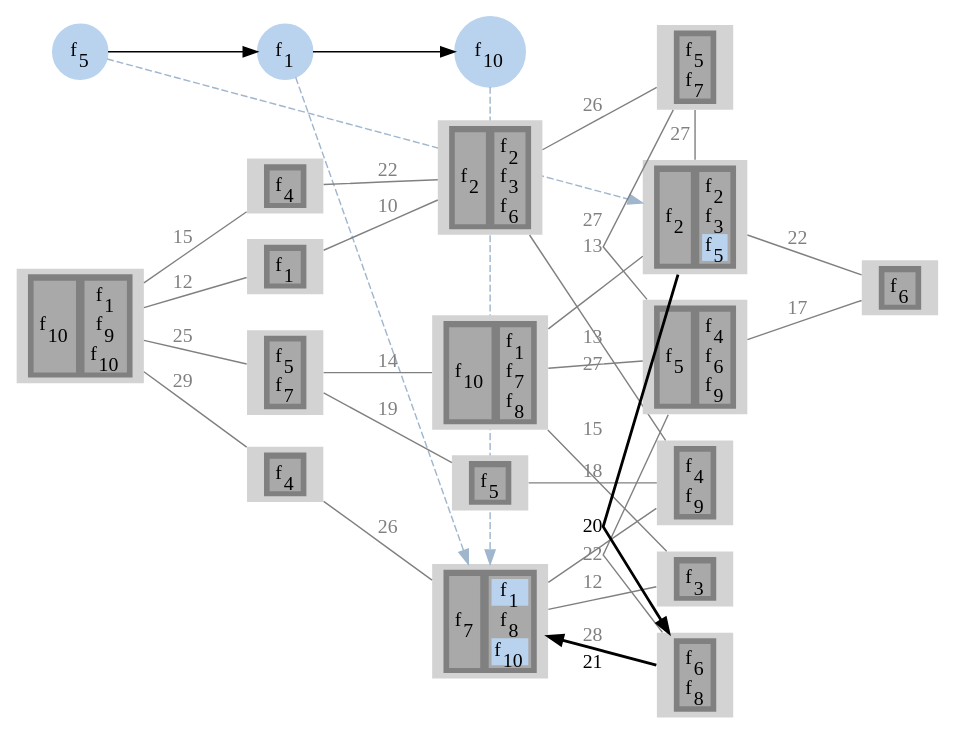
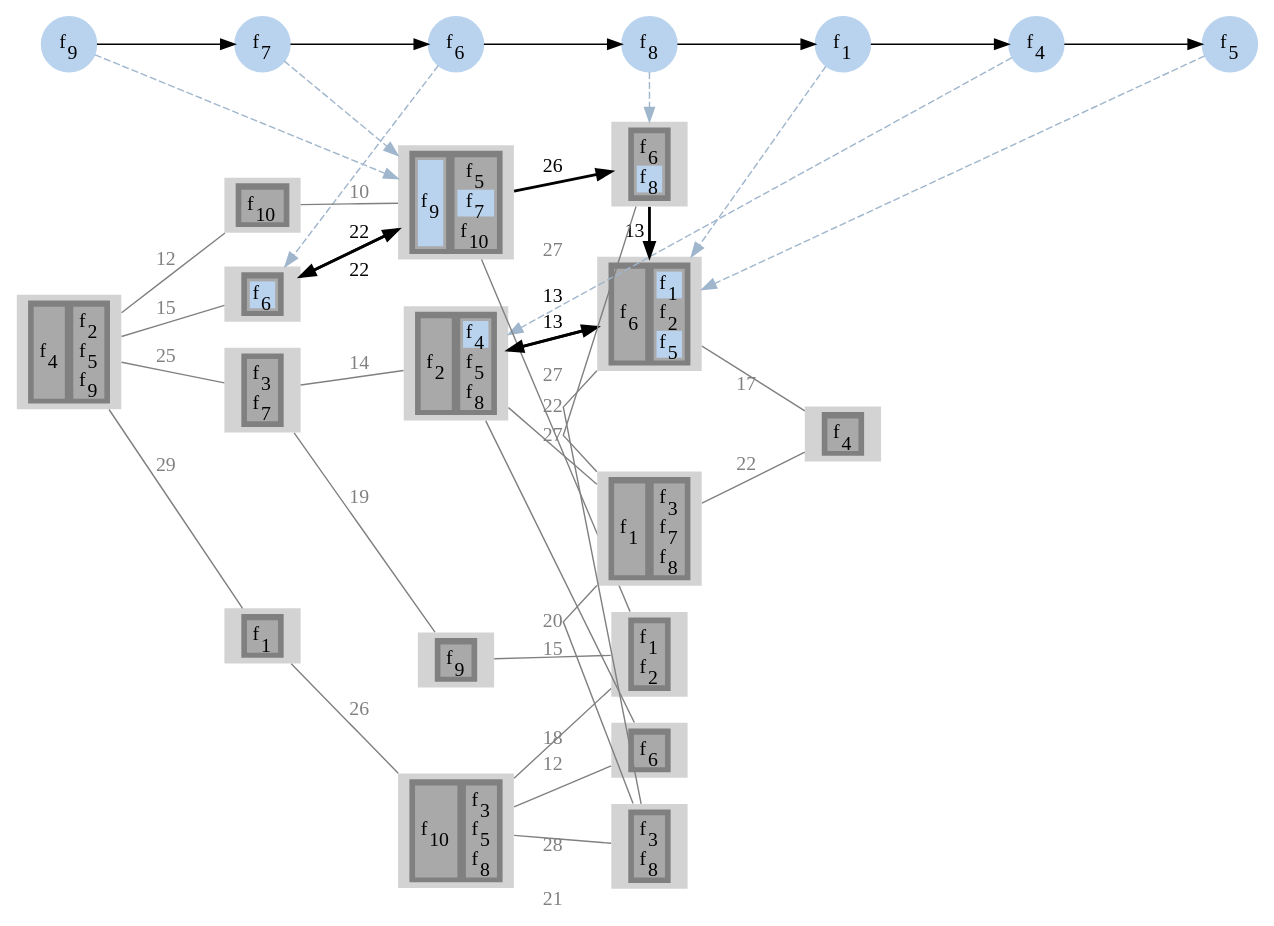
The diagram in output/sevenReliabilityOne/gv/sfcAssgn9.gv (prateekshyap/SFC_Placement_in_VNF), drawn with Graphviz before and after one commit. The commit also changed 80 other files, not shown here.

```diff
--- a/output/sevenReliabilityOne/gv/sfcAssgn9.gv
+++ b/output/sevenReliabilityOne/gv/sfcAssgn9.gv
@@ -5,14 +5,26 @@
 subgraph sfc
 {
 node [shape=circle]
+{rank = same; f9; };
+{rank = same; f7; };
+{rank = same; f6; };
+{rank = same; f8; };
+{rank = same; f1; };
+{rank = same; f4; };
 {rank = same; f5; };
-{rank = same; f1; };
-{rank = same; f10; };
+f9[style=filled label=<f<SUB>9</SUB>> color="slategray2"]
+f7[style=filled label=<f<SUB>7</SUB>> color="slategray2"]
+f6[style=filled label=<f<SUB>6</SUB>> color="slategray2"]
+f8[style=filled label=<f<SUB>8</SUB>> color="slategray2"]
+f1[style=filled label=<f<SUB>1</SUB>> color="slategray2"]
+f4[style=filled label=<f<SUB>4</SUB>> color="slategray2"]
 f5[style=filled label=<f<SUB>5</SUB>> color="slategray2"]
-f1[style=filled label=<f<SUB>1</SUB>> color="slategray2"]
-f10[style=filled label=<f<SUB>10</SUB>> color="slategray2"]
-f5 -> f1
-f1 -> f10
+f9 -> f7
+f7 -> f6
+f6 -> f8
+f8 -> f1
+f1 -> f4
+f4 -> f5
 }
 subgraph network
 {
@@ -22,20 +34,221 @@
 {rank = same; 4; 6; 7; 9; };
 {rank = same; 5; 11; 10; 14; 12; 13; };
 {rank = same; 16; };
-13[style=filled
+4[style=filled
 label=<
 <TABLE BORDER="0" BGCOLOR="gray">
 <TR>
 <TD>
 <TABLE BORDER="0" BGCOLOR="darkgray">
-<TR><TD PORT="f5" BGCOLOR="darkgray">f<SUB>2</SUB></TD></TR>
+<TR><TD PORT="f34" BGCOLOR="slategray2">f<SUB>9</SUB></TD></TR>
+</TABLE>
+</TD>
+<TD>
+<TABLE BORDER="0" BGCOLOR="darkgray">
+<TR><TD PORT="f19" BGCOLOR="darkgray">f<SUB>5</SUB></TD></TR>
+<TR><TD PORT="f25" BGCOLOR="slategray2">f<SUB>7</SUB></TD></TR>
+<TR><TD PORT="f38" BGCOLOR="darkgray">f<SUB>10</SUB></TD></TR>
+</TABLE>
+</TD>
+</TR>
+</TABLE>>]
+
+4[style=filled
+label=<
+<TABLE BORDER="0" BGCOLOR="gray">
+<TR>
+<TD>
+<TABLE BORDER="0" BGCOLOR="darkgray">
+<TR><TD PORT="f34" BGCOLOR="slategray2">f<SUB>9</SUB></TD></TR>
+</TABLE>
+</TD>
+<TD>
+<TABLE BORDER="0" BGCOLOR="darkgray">
+<TR><TD PORT="f19" BGCOLOR="darkgray">f<SUB>5</SUB></TD></TR>
+<TR><TD PORT="f25" BGCOLOR="slategray2">f<SUB>7</SUB></TD></TR>
+<TR><TD PORT="f38" BGCOLOR="darkgray">f<SUB>10</SUB></TD></TR>
+</TABLE>
+</TD>
+</TR>
+</TABLE>>]
+
+15[style=filled
+label=<
+<TABLE BORDER="0" BGCOLOR="gray">
+<TR>
+<TD>
+<TABLE BORDER="0" BGCOLOR="darkgray">
+<TR><TD PORT="f23" BGCOLOR="slategray2">f<SUB>6</SUB></TD></TR>
+</TABLE>
+</TD>
+</TR>
+</TABLE>>]
+
+15[style=filled
+label=<
+<TABLE BORDER="0" BGCOLOR="gray">
+<TR>
+<TD>
+<TABLE BORDER="0" BGCOLOR="darkgray">
+<TR><TD PORT="f23" BGCOLOR="slategray2">f<SUB>6</SUB></TD></TR>
+</TABLE>
+</TD>
+</TR>
+</TABLE>>]
+
+11[style=filled
+label=<
+<TABLE BORDER="0" BGCOLOR="gray">
+<TR>
+<TD>
+<TABLE BORDER="0" BGCOLOR="darkgray">
+<TR><TD PORT="f24" BGCOLOR="darkgray">f<SUB>6</SUB></TD></TR>
+<TR><TD PORT="f30" BGCOLOR="slategray2">f<SUB>8</SUB></TD></TR>
+</TABLE>
+</TD>
+</TR>
+</TABLE>>]
+
+11[style=filled
+label=<
+<TABLE BORDER="0" BGCOLOR="gray">
+<TR>
+<TD>
+<TABLE BORDER="0" BGCOLOR="darkgray">
+<TR><TD PORT="f24" BGCOLOR="darkgray">f<SUB>6</SUB></TD></TR>
+<TR><TD PORT="f30" BGCOLOR="slategray2">f<SUB>8</SUB></TD></TR>
+</TABLE>
+</TD>
+</TR>
+</TABLE>>]
+
+12[style=filled
+label=<
+<TABLE BORDER="0" BGCOLOR="gray">
+<TR>
+<TD>
+<TABLE BORDER="0" BGCOLOR="darkgray">
+<TR><TD PORT="f22" BGCOLOR="darkgray">f<SUB>6</SUB></TD></TR>
+</TABLE>
+</TD>
+<TD>
+<TABLE BORDER="0" BGCOLOR="darkgray">
+<TR><TD PORT="f2" BGCOLOR="slategray2">f<SUB>1</SUB></TD></TR>
+<TR><TD PORT="f7" BGCOLOR="darkgray">f<SUB>2</SUB></TD></TR>
+<TR><TD PORT="f17" BGCOLOR="slategray2">f<SUB>5</SUB></TD></TR>
+</TABLE>
+</TD>
+</TR>
+</TABLE>>]
+
+12[style=filled
+label=<
+<TABLE BORDER="0" BGCOLOR="gray">
+<TR>
+<TD>
+<TABLE BORDER="0" BGCOLOR="darkgray">
+<TR><TD PORT="f22" BGCOLOR="darkgray">f<SUB>6</SUB></TD></TR>
+</TABLE>
+</TD>
+<TD>
+<TABLE BORDER="0" BGCOLOR="darkgray">
+<TR><TD PORT="f2" BGCOLOR="slategray2">f<SUB>1</SUB></TD></TR>
+<TR><TD PORT="f7" BGCOLOR="darkgray">f<SUB>2</SUB></TD></TR>
+<TR><TD PORT="f17" BGCOLOR="slategray2">f<SUB>5</SUB></TD></TR>
+</TABLE>
+</TD>
+</TR>
+</TABLE>>]
+
+9[style=filled
+label=<
+<TABLE BORDER="0" BGCOLOR="gray">
+<TR>
+<TD>
+<TABLE BORDER="0" BGCOLOR="darkgray">
+<TR><TD PORT="f6" BGCOLOR="darkgray">f<SUB>2</SUB></TD></TR>
+</TABLE>
+</TD>
+<TD>
+<TABLE BORDER="0" BGCOLOR="darkgray">
+<TR><TD PORT="f15" BGCOLOR="slategray2">f<SUB>4</SUB></TD></TR>
+<TR><TD PORT="f18" BGCOLOR="darkgray">f<SUB>5</SUB></TD></TR>
+<TR><TD PORT="f29" BGCOLOR="darkgray">f<SUB>8</SUB></TD></TR>
+</TABLE>
+</TD>
+</TR>
+</TABLE>>]
+
+9[style=filled
+label=<
+<TABLE BORDER="0" BGCOLOR="gray">
+<TR>
+<TD>
+<TABLE BORDER="0" BGCOLOR="darkgray">
+<TR><TD PORT="f6" BGCOLOR="darkgray">f<SUB>2</SUB></TD></TR>
+</TABLE>
+</TD>
+<TD>
+<TABLE BORDER="0" BGCOLOR="darkgray">
+<TR><TD PORT="f15" BGCOLOR="slategray2">f<SUB>4</SUB></TD></TR>
+<TR><TD PORT="f18" BGCOLOR="darkgray">f<SUB>5</SUB></TD></TR>
+<TR><TD PORT="f29" BGCOLOR="darkgray">f<SUB>8</SUB></TD></TR>
+</TABLE>
+</TD>
+</TR>
+</TABLE>>]
+
+1[style=filled
+label=<
+<TABLE BORDER="0" BGCOLOR="gray">
+<TR>
+<TD>
+<TABLE BORDER="0" BGCOLOR="darkgray">
+<TR><TD PORT="f13" BGCOLOR="darkgray">f<SUB>4</SUB></TD></TR>
 </TABLE>
 </TD>
 <TD>
 <TABLE BORDER="0" BGCOLOR="darkgray">
 <TR><TD PORT="f8" BGCOLOR="darkgray">f<SUB>2</SUB></TD></TR>
+<TR><TD PORT="f20" BGCOLOR="darkgray">f<SUB>5</SUB></TD></TR>
+<TR><TD PORT="f35" BGCOLOR="darkgray">f<SUB>9</SUB></TD></TR>
+</TABLE>
+</TD>
+</TR>
+</TABLE>>]
+
+2[style=filled
+label=<
+<TABLE BORDER="0" BGCOLOR="gray">
+<TR>
+<TD>
+<TABLE BORDER="0" BGCOLOR="darkgray">
+<TR><TD PORT="f37" BGCOLOR="darkgray">f<SUB>10</SUB></TD></TR>
+</TABLE>
+</TD>
+</TR>
+</TABLE>>]
+
+3[style=filled
+label=<
+<TABLE BORDER="0" BGCOLOR="gray">
+<TR>
+<TD>
+<TABLE BORDER="0" BGCOLOR="darkgray">
+<TR><TD PORT="f4" BGCOLOR="darkgray">f<SUB>1</SUB></TD></TR>
+</TABLE>
+</TD>
+</TR>
+</TABLE>>]
+
+8[style=filled
+label=<
+<TABLE BORDER="0" BGCOLOR="gray">
+<TR>
+<TD>
+<TABLE BORDER="0" BGCOLOR="darkgray">
 <TR><TD PORT="f11" BGCOLOR="darkgray">f<SUB>3</SUB></TD></TR>
-<TR><TD PORT="f20" BGCOLOR="slategray2">f<SUB>5</SUB></TD></TR>
+<TR><TD PORT="f27" BGCOLOR="darkgray">f<SUB>7</SUB></TD></TR>
 </TABLE>
 </TD>
 </TR>
@@ -47,120 +260,14 @@
 <TR>
 <TD>
 <TABLE BORDER="0" BGCOLOR="darkgray">
-<TR><TD PORT="f26" BGCOLOR="darkgray">f<SUB>7</SUB></TD></TR>
+<TR><TD PORT="f36" BGCOLOR="darkgray">f<SUB>10</SUB></TD></TR>
 </TABLE>
 </TD>
 <TD>
 <TABLE BORDER="0" BGCOLOR="darkgray">
-<TR><TD PORT="f4" BGCOLOR="slategray2">f<SUB>1</SUB></TD></TR>
-<TR><TD PORT="f30" BGCOLOR="darkgray">f<SUB>8</SUB></TD></TR>
-<TR><TD PORT="f36" BGCOLOR="slategray2">f<SUB>10</SUB></TD></TR>
-</TABLE>
-</TD>
-</TR>
-</TABLE>>]
-
-6[style=filled
-label=<
-<TABLE BORDER="0" BGCOLOR="gray">
-<TR>
-<TD>
-<TABLE BORDER="0" BGCOLOR="darkgray">
-<TR><TD PORT="f26" BGCOLOR="darkgray">f<SUB>7</SUB></TD></TR>
-</TABLE>
-</TD>
-<TD>
-<TABLE BORDER="0" BGCOLOR="darkgray">
-<TR><TD PORT="f4" BGCOLOR="slategray2">f<SUB>1</SUB></TD></TR>
-<TR><TD PORT="f30" BGCOLOR="darkgray">f<SUB>8</SUB></TD></TR>
-<TR><TD PORT="f36" BGCOLOR="slategray2">f<SUB>10</SUB></TD></TR>
-</TABLE>
-</TD>
-</TR>
-</TABLE>>]
-
-1[style=filled
-label=<
-<TABLE BORDER="0" BGCOLOR="gray">
-<TR>
-<TD>
-<TABLE BORDER="0" BGCOLOR="darkgray">
-<TR><TD PORT="f37" BGCOLOR="darkgray">f<SUB>10</SUB></TD></TR>
-</TABLE>
-</TD>
-<TD>
-<TABLE BORDER="0" BGCOLOR="darkgray">
-<TR><TD PORT="f3" BGCOLOR="darkgray">f<SUB>1</SUB></TD></TR>
-<TR><TD PORT="f33" BGCOLOR="darkgray">f<SUB>9</SUB></TD></TR>
-<TR><TD PORT="f38" BGCOLOR="darkgray">f<SUB>10</SUB></TD></TR>
-</TABLE>
-</TD>
-</TR>
-</TABLE>>]
-
-2[style=filled
-label=<
-<TABLE BORDER="0" BGCOLOR="gray">
-<TR>
-<TD>
-<TABLE BORDER="0" BGCOLOR="darkgray">
-<TR><TD PORT="f2" BGCOLOR="darkgray">f<SUB>1</SUB></TD></TR>
-</TABLE>
-</TD>
-</TR>
-</TABLE>>]
-
-3[style=filled
-label=<
-<TABLE BORDER="0" BGCOLOR="gray">
-<TR>
-<TD>
-<TABLE BORDER="0" BGCOLOR="darkgray">
-<TR><TD PORT="f12" BGCOLOR="darkgray">f<SUB>4</SUB></TD></TR>
-</TABLE>
-</TD>
-</TR>
-</TABLE>>]
-
-8[style=filled
-label=<
-<TABLE BORDER="0" BGCOLOR="gray">
-<TR>
-<TD>
-<TABLE BORDER="0" BGCOLOR="darkgray">
-<TR><TD PORT="f18" BGCOLOR="darkgray">f<SUB>5</SUB></TD></TR>
-<TR><TD PORT="f28" BGCOLOR="darkgray">f<SUB>7</SUB></TD></TR>
-</TABLE>
-</TD>
-</TR>
-</TABLE>>]
-
-15[style=filled
-label=<
-<TABLE BORDER="0" BGCOLOR="gray">
-<TR>
-<TD>
-<TABLE BORDER="0" BGCOLOR="darkgray">
-<TR><TD PORT="f13" BGCOLOR="darkgray">f<SUB>4</SUB></TD></TR>
-</TABLE>
-</TD>
-</TR>
-</TABLE>>]
-
-4[style=filled
-label=<
-<TABLE BORDER="0" BGCOLOR="gray">
-<TR>
-<TD>
-<TABLE BORDER="0" BGCOLOR="darkgray">
-<TR><TD PORT="f6" BGCOLOR="darkgray">f<SUB>2</SUB></TD></TR>
-</TABLE>
-</TD>
-<TD>
-<TABLE BORDER="0" BGCOLOR="darkgray">
-<TR><TD PORT="f7" BGCOLOR="darkgray">f<SUB>2</SUB></TD></TR>
-<TR><TD PORT="f10" BGCOLOR="darkgray">f<SUB>3</SUB></TD></TR>
-<TR><TD PORT="f22" BGCOLOR="darkgray">f<SUB>6</SUB></TD></TR>
+<TR><TD PORT="f9" BGCOLOR="darkgray">f<SUB>3</SUB></TD></TR>
+<TR><TD PORT="f16" BGCOLOR="darkgray">f<SUB>5</SUB></TD></TR>
+<TR><TD PORT="f28" BGCOLOR="darkgray">f<SUB>8</SUB></TD></TR>
 </TABLE>
 </TD>
 </TR>
@@ -172,21 +279,8 @@
 <TR>
 <TD>
 <TABLE BORDER="0" BGCOLOR="darkgray">
-<TR><TD PORT="f14" BGCOLOR="darkgray">f<SUB>4</SUB></TD></TR>
-<TR><TD PORT="f34" BGCOLOR="darkgray">f<SUB>9</SUB></TD></TR>
-</TABLE>
-</TD>
-</TR>
-</TABLE>>]
-
-11[style=filled
-label=<
-<TABLE BORDER="0" BGCOLOR="gray">
-<TR>
-<TD>
-<TABLE BORDER="0" BGCOLOR="darkgray">
-<TR><TD PORT="f17" BGCOLOR="darkgray">f<SUB>5</SUB></TD></TR>
-<TR><TD PORT="f27" BGCOLOR="darkgray">f<SUB>7</SUB></TD></TR>
+<TR><TD PORT="f1" BGCOLOR="darkgray">f<SUB>1</SUB></TD></TR>
+<TR><TD PORT="f5" BGCOLOR="darkgray">f<SUB>2</SUB></TD></TR>
 </TABLE>
 </TD>
 </TR>
@@ -198,7 +292,7 @@
 <TR>
 <TD>
 <TABLE BORDER="0" BGCOLOR="darkgray">
-<TR><TD PORT="f19" BGCOLOR="darkgray">f<SUB>5</SUB></TD></TR>
+<TR><TD PORT="f33" BGCOLOR="darkgray">f<SUB>9</SUB></TD></TR>
 </TABLE>
 </TD>
 </TR>
@@ -210,7 +304,7 @@
 <TR>
 <TD>
 <TABLE BORDER="0" BGCOLOR="darkgray">
-<TR><TD PORT="f9" BGCOLOR="darkgray">f<SUB>3</SUB></TD></TR>
+<TR><TD PORT="f21" BGCOLOR="darkgray">f<SUB>6</SUB></TD></TR>
 </TABLE>
 </TD>
 </TR>
@@ -222,46 +316,27 @@
 <TR>
 <TD>
 <TABLE BORDER="0" BGCOLOR="darkgray">
-<TR><TD PORT="f21" BGCOLOR="darkgray">f<SUB>6</SUB></TD></TR>
-<TR><TD PORT="f31" BGCOLOR="darkgray">f<SUB>8</SUB></TD></TR>
+<TR><TD PORT="f10" BGCOLOR="darkgray">f<SUB>3</SUB></TD></TR>
+<TR><TD PORT="f32" BGCOLOR="darkgray">f<SUB>8</SUB></TD></TR>
 </TABLE>
 </TD>
 </TR>
 </TABLE>>]
 
-9[style=filled
+13[style=filled
 label=<
 <TABLE BORDER="0" BGCOLOR="gray">
 <TR>
 <TD>
 <TABLE BORDER="0" BGCOLOR="darkgray">
-<TR><TD PORT="f35" BGCOLOR="darkgray">f<SUB>10</SUB></TD></TR>
+<TR><TD PORT="f3" BGCOLOR="darkgray">f<SUB>1</SUB></TD></TR>
 </TABLE>
 </TD>
 <TD>
 <TABLE BORDER="0" BGCOLOR="darkgray">
-<TR><TD PORT="f1" BGCOLOR="darkgray">f<SUB>1</SUB></TD></TR>
-<TR><TD PORT="f25" BGCOLOR="darkgray">f<SUB>7</SUB></TD></TR>
-<TR><TD PORT="f29" BGCOLOR="darkgray">f<SUB>8</SUB></TD></TR>
-</TABLE>
-</TD>
-</TR>
-</TABLE>>]
-
-12[style=filled
-label=<
-<TABLE BORDER="0" BGCOLOR="gray">
-<TR>
-<TD>
-<TABLE BORDER="0" BGCOLOR="darkgray">
-<TR><TD PORT="f16" BGCOLOR="darkgray">f<SUB>5</SUB></TD></TR>
-</TABLE>
-</TD>
-<TD>
-<TABLE BORDER="0" BGCOLOR="darkgray">
-<TR><TD PORT="f15" BGCOLOR="darkgray">f<SUB>4</SUB></TD></TR>
-<TR><TD PORT="f23" BGCOLOR="darkgray">f<SUB>6</SUB></TD></TR>
-<TR><TD PORT="f32" BGCOLOR="darkgray">f<SUB>9</SUB></TD></TR>
+<TR><TD PORT="f12" BGCOLOR="darkgray">f<SUB>3</SUB></TD></TR>
+<TR><TD PORT="f26" BGCOLOR="darkgray">f<SUB>7</SUB></TD></TR>
+<TR><TD PORT="f31" BGCOLOR="darkgray">f<SUB>8</SUB></TD></TR>
 </TABLE>
 </TD>
 </TR>
@@ -273,14 +348,18 @@
 <TR>
 <TD>
 <TABLE BORDER="0" BGCOLOR="darkgray">
-<TR><TD PORT="f24" BGCOLOR="darkgray">f<SUB>6</SUB></TD></TR>
+<TR><TD PORT="f14" BGCOLOR="darkgray">f<SUB>4</SUB></TD></TR>
 </TABLE>
 </TD>
 </TR>
 </TABLE>>]
 
-13 -> 14[label="20" color="black" penwidth=2]
-14 -> 6[label="21" color="black" penwidth=2]
+4 -> 15[label="22" color="black" penwidth=2]
+15 -> 4[label="22" color="black" penwidth=2]
+4 -> 11[label="26" color="black" penwidth=2]
+11 -> 12[label="13" color="black" penwidth=2]
+12 -> 9[label="13" color="black" penwidth=2]
+9 -> 12[label="13" color="black" penwidth=2]
 1 -> 2[label="12" color="gray" fontcolor="gray" dir = none]
 1 -> 3[label="29" color="gray" fontcolor="gray" dir = none]
 1 -> 8[label="25" color="gray" fontcolor="gray" dir = none]
@@ -288,24 +367,26 @@
 2 -> 4[label="10" color="gray" fontcolor="gray" dir = none]
 3 -> 6[label="26" color="gray" fontcolor="gray" dir = none]
 4 -> 5[label="27" color="gray" fontcolor="gray" dir = none]
-4 -> 11[label="26" color="gray" fontcolor="gray" dir = none]
-4 -> 15[label="22" color="gray" fontcolor="gray" dir = none]
 5 -> 6[label="12" color="gray" fontcolor="gray" dir = none]
 5 -> 7[label="18" color="gray" fontcolor="gray" dir = none]
 6 -> 10[label="28" color="gray" fontcolor="gray" dir = none]
+6 -> 14[label="21" color="gray" fontcolor="gray" dir = none]
 7 -> 8[label="19" color="gray" fontcolor="gray" dir = none]
 8 -> 9[label="14" color="gray" fontcolor="gray" dir = none]
 9 -> 10[label="15" color="gray" fontcolor="gray" dir = none]
-9 -> 12[label="13" color="gray" fontcolor="gray" dir = none]
 9 -> 13[label="27" color="gray" fontcolor="gray" dir = none]
-11 -> 12[label="13" color="gray" fontcolor="gray" dir = none]
 11 -> 13[label="27" color="gray" fontcolor="gray" dir = none]
 12 -> 14[label="22" color="gray" fontcolor="gray" dir = none]
 12 -> 16[label="17" color="gray" fontcolor="gray" dir = none]
+13 -> 14[label="20" color="gray" fontcolor="gray" dir = none]
 13 -> 16[label="22" color="gray" fontcolor="gray" dir = none]
 }
 splines=false
-f5 -> 13[color="slategray3" style=dashed constraint=false]
-f1 -> 6[color="slategray3" style=dashed constraint=false]
-f10 -> 6[color="slategray3" style=dashed constraint=false]
+f9 -> 4[color="slategray3" style=dashed constraint=false]
+f7 -> 4[color="slategray3" style=dashed constraint=false]
+f6 -> 15[color="slategray3" style=dashed constraint=false]
+f8 -> 11[color="slategray3" style=dashed constraint=false]
+f1 -> 12[color="slategray3" style=dashed constraint=false]
+f4 -> 9[color="slategray3" style=dashed constraint=false]
+f5 -> 12[color="slategray3" style=dashed constraint=false]
 }
```
